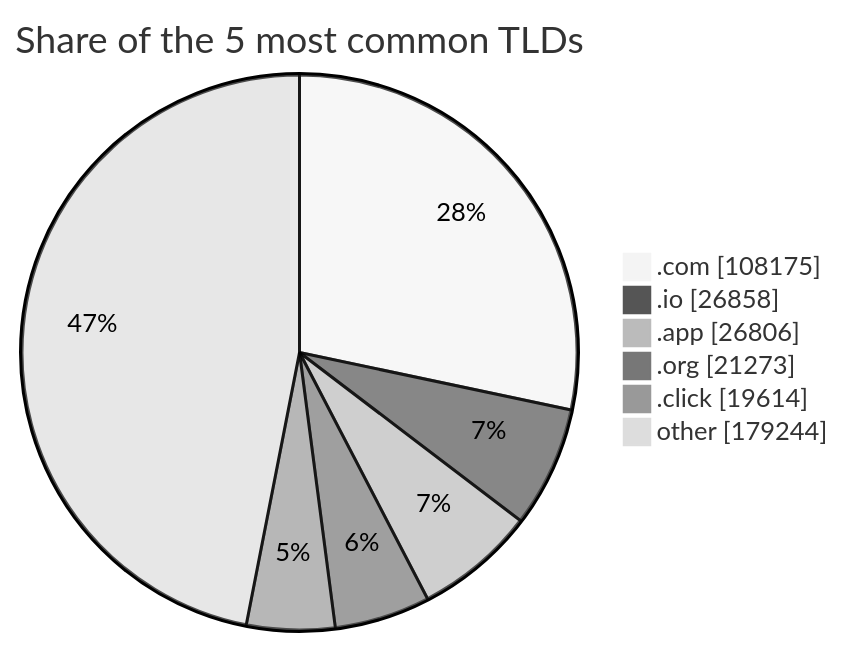
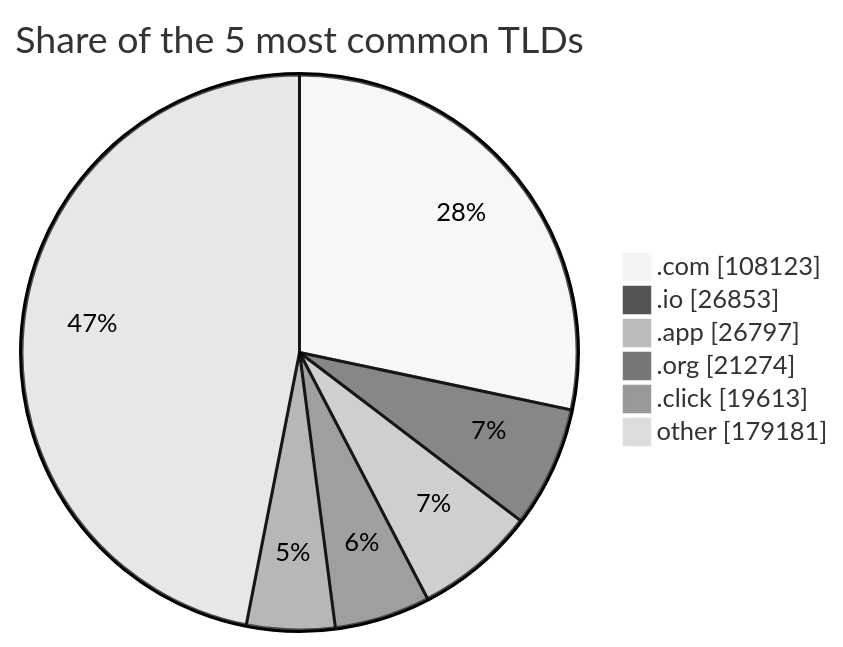
One commit to DNSBunker/CTI changed the third of 3 diagrams in README.md. Above: the diagram before and after it, drawn with Mermaid (neutral theme). The commit also changed other lines of this file and 3 other files, not shown here.

````diff
--- a/README.md
+++ b/README.md
@@ -81,9 +81,9 @@
 ```mermaid
 pie showData title Share of the 5 most common TLDs
-    ".com" : 108175
-    ".io" : 26858
-    ".app" : 26806
-    ".org" : 21273
-    ".click" : 19614
-    "other" : 179244
+    ".com" : 108123
+    ".io" : 26853
+    ".app" : 26797
+    ".org" : 21274
+    ".click" : 19613
+    "other" : 179181
 ```
````
